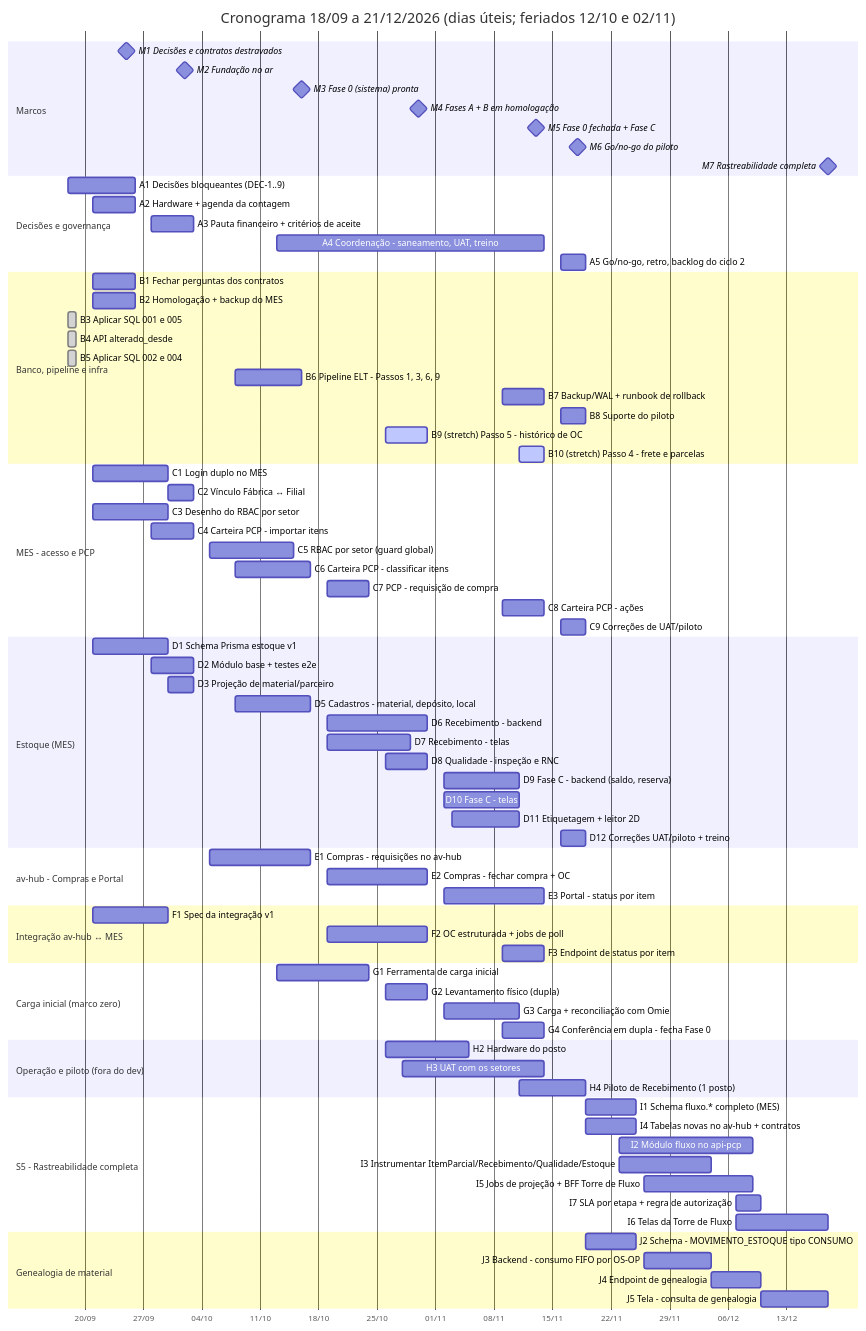
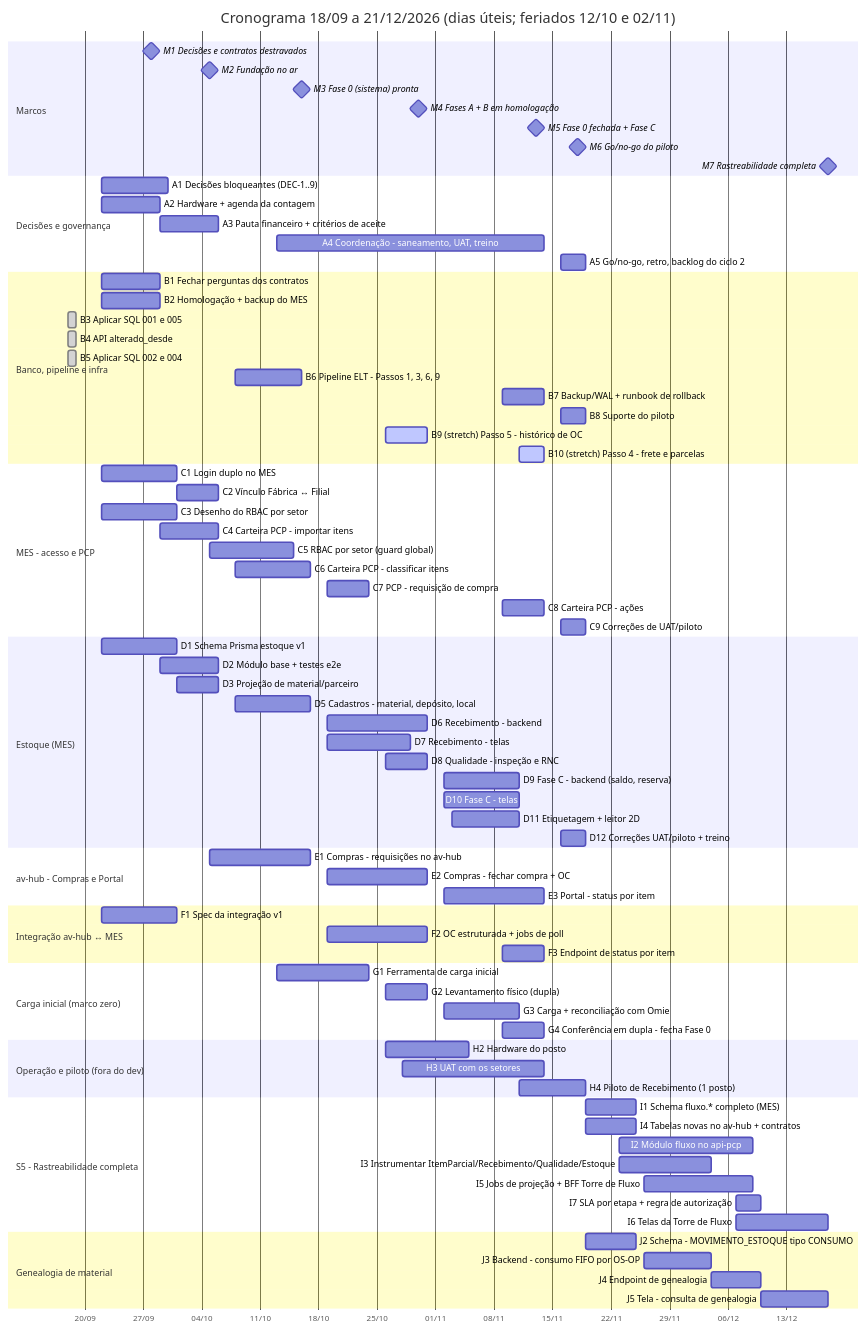
The diagram in 07-Cronograma/Cronograma-2-Meses.md (Acosvital/vault-avhub-mer), drawn with Mermaid before and after one commit. The commit also changed other lines of this file and 1 other file, not shown here.

First line of the commit message:
Resolve DEC-4/6/8 e N-05/06/07, reajusta S1 para inicio real em 22/09

```diff
--- a/07-Cronograma/Cronograma-2-Meses.md
+++ b/07-Cronograma/Cronograma-2-Meses.md
@@ -234,22 +236,22 @@
     dateFormat YYYY-MM-DD
     axisFormat %d/%m
     section Marcos
-    M1 Decisões e contratos destravados :milestone, m1, 2026-09-25, 0d
-    M2 Fundação no ar :milestone, m2, 2026-10-02, 0d
+    M1 Decisões e contratos destravados :milestone, m1, 2026-09-28, 0d
+    M2 Fundação no ar :milestone, m2, 2026-10-05, 0d
     M3 Fase 0 (sistema) pronta :milestone, m3, 2026-10-16, 0d
     M4 Fases A + B em homologação :milestone, m4, 2026-10-30, 0d
     M5 Fase 0 fechada + Fase C :milestone, m5, 2026-11-13, 0d
     M6 Go/no-go do piloto :milestone, m6, 2026-11-18, 0d
     M7 Rastreabilidade completa :milestone, m7, 2026-12-18, 0d
     section Decisões e governança
-    A1 Decisões bloqueantes (DEC-1..9) :a1, 2026-09-18, 2026-09-26
-    A2 Hardware + agenda da contagem :a2, 2026-09-21, 2026-09-26
-    A3 Pauta financeiro + critérios de aceite :a3, 2026-09-28, 2026-10-03
+    A1 Decisões bloqueantes (DEC-1..9) :a1, 2026-09-22, 2026-09-30
+    A2 Hardware + agenda da contagem :a2, 2026-09-22, 2026-09-29
+    A3 Pauta financeiro + critérios de aceite :a3, 2026-09-29, 2026-10-06
     A4 Coordenação - saneamento, UAT, treino :a4, 2026-10-13, 2026-11-14
     A5 Go/no-go, retro, backlog do ciclo 2 :a5, 2026-11-16, 2026-11-19
     section Banco, pipeline e infra
-    B1 Fechar perguntas dos contratos :b1, 2026-09-21, 2026-09-26
-    B2 Homologação + backup do MES :b2, 2026-09-21, 2026-09-26
+    B1 Fechar perguntas dos contratos :b1, 2026-09-22, 2026-09-29
+    B2 Homologação + backup do MES :b2, 2026-09-22, 2026-09-29
     B3 Aplicar SQL 001 e 005 :done, b3, 2026-09-18, 2026-09-19
     B4 API alterado_desde :done, b4, 2026-09-18, 2026-09-19
     B5 Aplicar SQL 002 e 004 :done, b5, 2026-09-18, 2026-09-19
@@ -259,19 +261,19 @@
     B9 (stretch) Passo 5 - histórico de OC :active, b9, 2026-10-26, 2026-10-31
     B10 (stretch) Passo 4 - frete e parcelas :active, b10, 2026-11-11, 2026-11-14
     section MES - acesso e PCP
-    C1 Login duplo no MES :c1, 2026-09-21, 2026-09-30
-    C2 Vínculo Fábrica ↔ Filial :c2, 2026-09-30, 2026-10-03
-    C3 Desenho do RBAC por setor :c3, 2026-09-21, 2026-09-30
-    C4 Carteira PCP - importar itens :c4, 2026-09-28, 2026-10-03
+    C1 Login duplo no MES :c1, 2026-09-22, 2026-10-01
+    C2 Vínculo Fábrica ↔ Filial :c2, 2026-10-01, 2026-10-06
+    C3 Desenho do RBAC por setor :c3, 2026-09-22, 2026-10-01
+    C4 Carteira PCP - importar itens :c4, 2026-09-29, 2026-10-06
     C5 RBAC por setor (guard global) :c5, 2026-10-05, 2026-10-15
     C6 Carteira PCP - classificar itens :c6, 2026-10-08, 2026-10-17
     C7 PCP - requisição de compra :c7, 2026-10-19, 2026-10-24
     C8 Carteira PCP - ações :c8, 2026-11-09, 2026-11-14
     C9 Correções de UAT/piloto :c9, 2026-11-16, 2026-11-19
     section Estoque (MES)
-    D1 Schema Prisma estoque v1 :d1, 2026-09-21, 2026-09-30
-    D2 Módulo base + testes e2e :d2, 2026-09-28, 2026-10-03
-    D3 Projeção de material/parceiro :d3, 2026-09-30, 2026-10-03
+    D1 Schema Prisma estoque v1 :d1, 2026-09-22, 2026-10-01
+    D2 Módulo base + testes e2e :d2, 2026-09-29, 2026-10-06
+    D3 Projeção de material/parceiro :d3, 2026-10-01, 2026-10-06
     D5 Cadastros - material, depósito, local :d5, 2026-10-08, 2026-10-17
     D6 Recebimento - backend :d6, 2026-10-19, 2026-10-31
     D7 Recebimento - telas :d7, 2026-10-19, 2026-10-29
@@ -285,7 +287,7 @@
     E2 Compras - fechar compra + OC :e2, 2026-10-19, 2026-10-31
     E3 Portal - status por item :e3, 2026-11-02, 2026-11-14
     section Integração av-hub ↔ MES
-    F1 Spec da integração v1 :f1, 2026-09-21, 2026-09-30
+    F1 Spec da integração v1 :f1, 2026-09-22, 2026-10-01
     F2 OC estruturada + jobs de poll :f2, 2026-10-19, 2026-10-31
     F3 Endpoint de status por item :f3, 2026-11-09, 2026-11-14
     section Carga inicial (marco zero)
```
